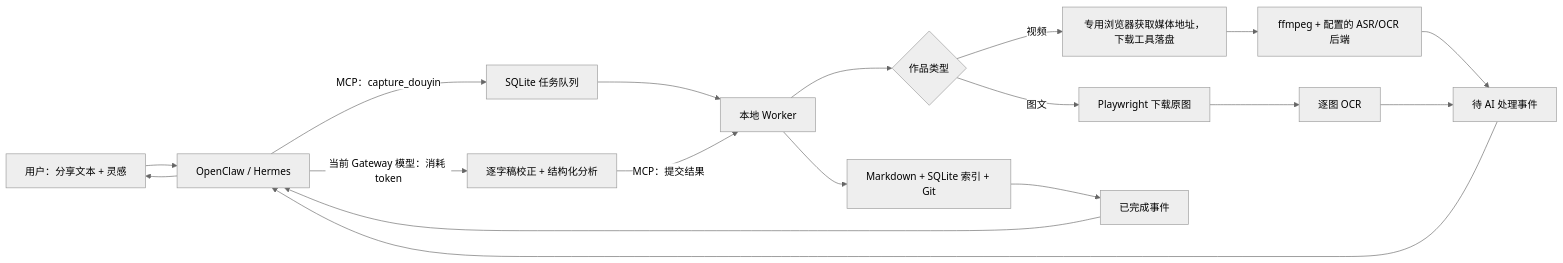
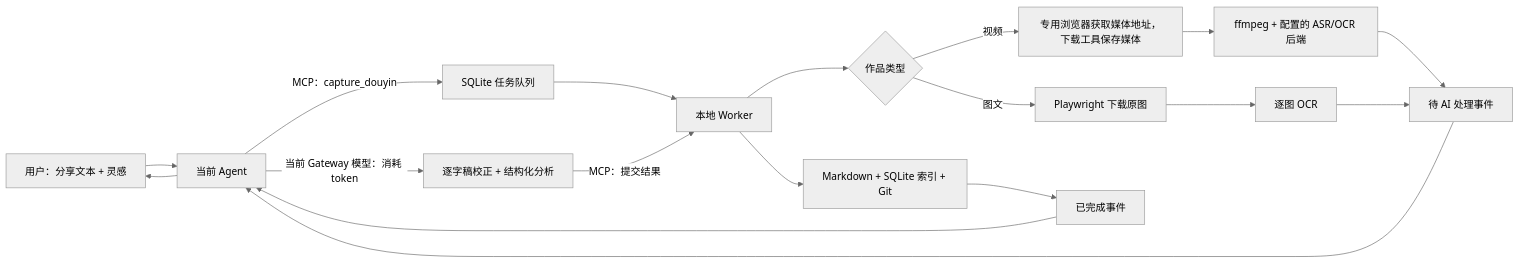
Before and after one commit to WYgao29/Dou-wiki: the diagram in docs/gateway-agents.md, drawn with Mermaid (neutral theme). The commit also changed other lines of this file and 17 other files, not shown here.

````diff
--- a/docs/gateway-agents.md
+++ b/docs/gateway-agents.md
@@ -8,20 +8,20 @@
 ```mermaid
 flowchart LR
-    U["用户：分享文本 + 灵感"] --> G["OpenClaw / Hermes"]
+    U["用户：分享文本 + 灵感"] --> G["当前 Agent"]
     G -->|"MCP：capture_douyin"| Q["SQLite 任务队列"]
     Q --> W["本地 Worker"]
     W --> K{"作品类型"}
-    K -->|"视频"| D["专用浏览器获取媒体地址，下载工具落盘"]
+    K -->|"视频"| D["专用浏览器获取媒体地址，下载工具保存媒体"]
     D --> T["ffmpeg + 配置的 ASR/OCR 后端"]
     K -->|"图文"| P["Playwright 下载原图"]
     P --> O["逐图 OCR"]
     T --> E["待 AI 处理事件"]
     O --> E
     E --> G
     G -->|"当前 Gateway 模型：消耗 token"| C["逐字稿校正 + 结构化分析"]
     C -->|"MCP：提交结果"| W
     W --> V["Markdown + SQLite 索引 + Git"]
     V --> F["已完成事件"]
     F --> G
     G --> U
 ```
````
